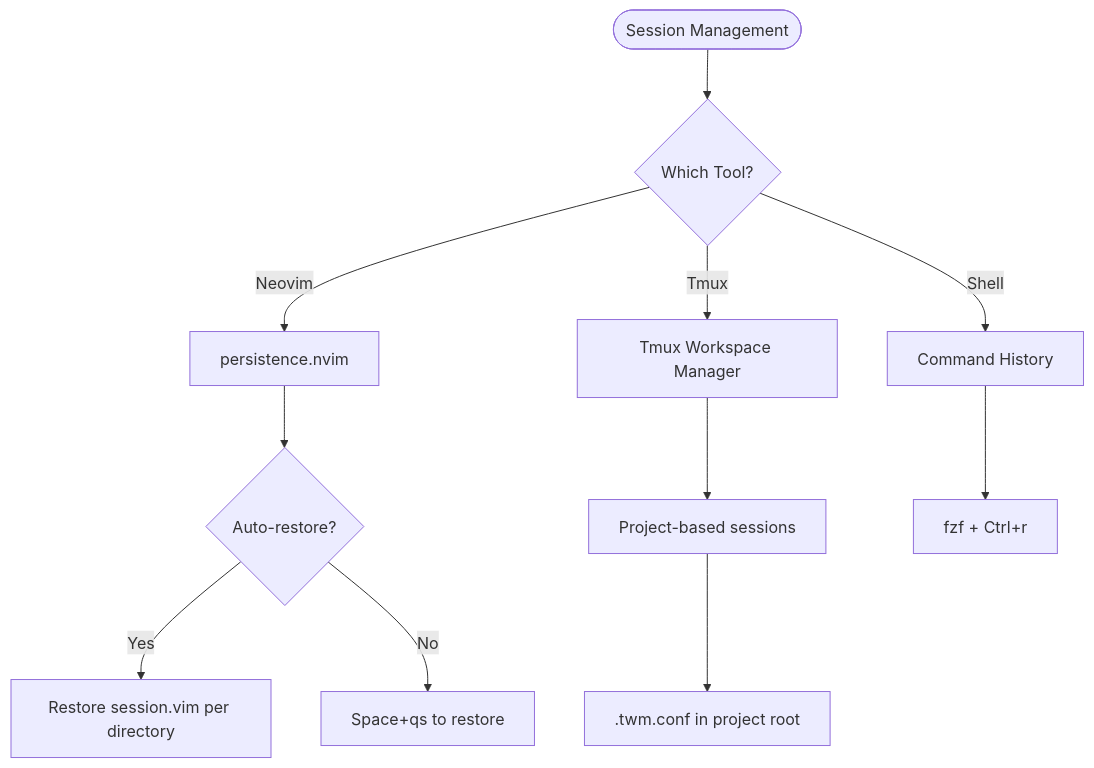
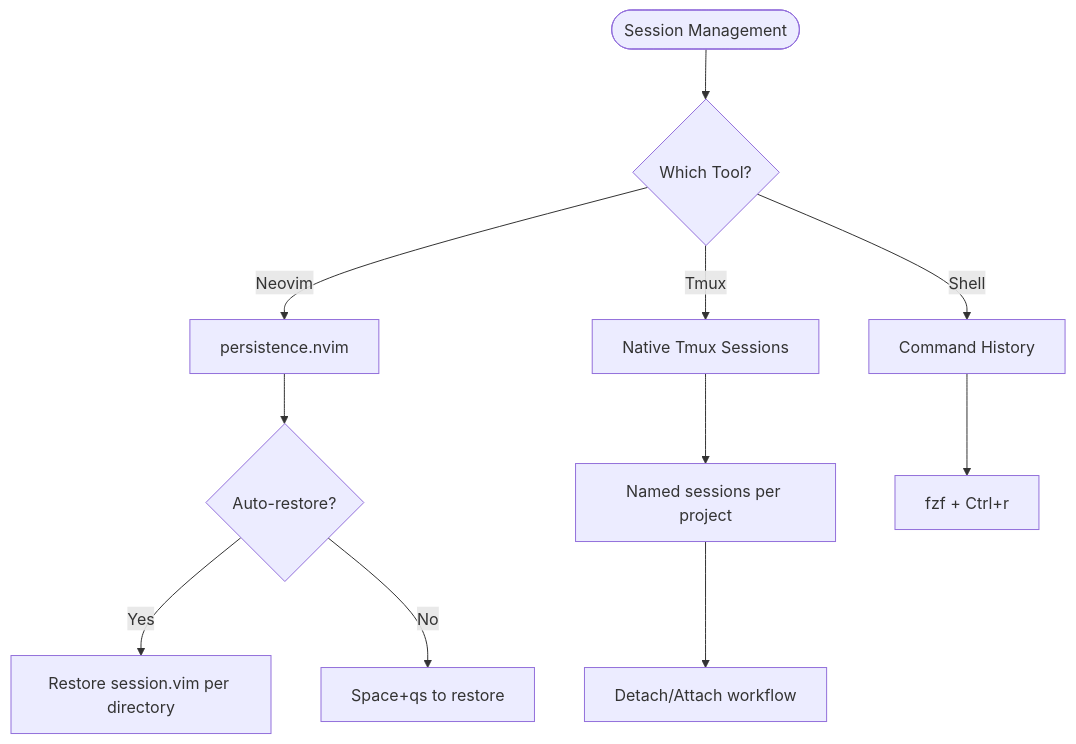
Before and after one commit to ddfourtwo/goodterminal: the fifth of 10 diagrams in docs/ARCHITECTURE.md, drawn with Mermaid. The commit also changed other lines of this file and 10 other files, not shown here.

````diff
--- a/docs/ARCHITECTURE.md
+++ b/docs/ARCHITECTURE.md
@@ -190,16 +190,16 @@
 ```mermaid
 flowchart TD
     Start([Session Management]) --> Tool{Which Tool?}
 
     Tool -->|Neovim| PersistencePlugin[persistence.nvim]
     PersistencePlugin --> AutoRestore{Auto-restore?}
     AutoRestore -->|Yes| RestoreSession[Restore session.vim per directory]
     AutoRestore -->|No| ManualRestore[Space+qs to restore]
 
-    Tool -->|Tmux| TWM[Tmux Workspace Manager]
-    TWM --> ProjectBased[Project-based sessions]
-    ProjectBased --> ConfigFile[.twm.conf in project root]
+    Tool -->|Tmux| TmuxSessions[Native Tmux Sessions]
+    TmuxSessions --> NamedSessions[Named sessions per project]
+    NamedSessions --> DetachAttach[Detach/Attach workflow]
 
     Tool -->|Shell| History[Command History]
     History --> FZFIntegration[fzf + Ctrl+r]
 ```
````
